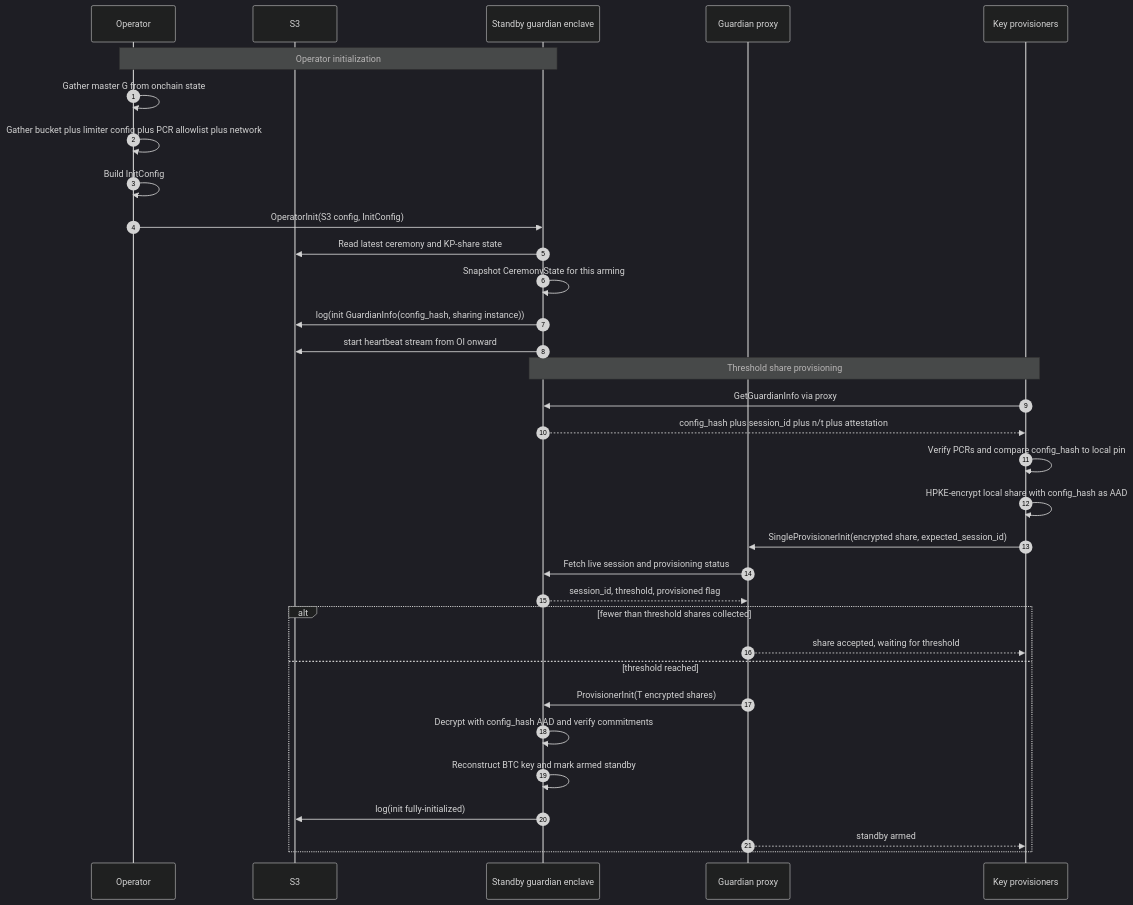
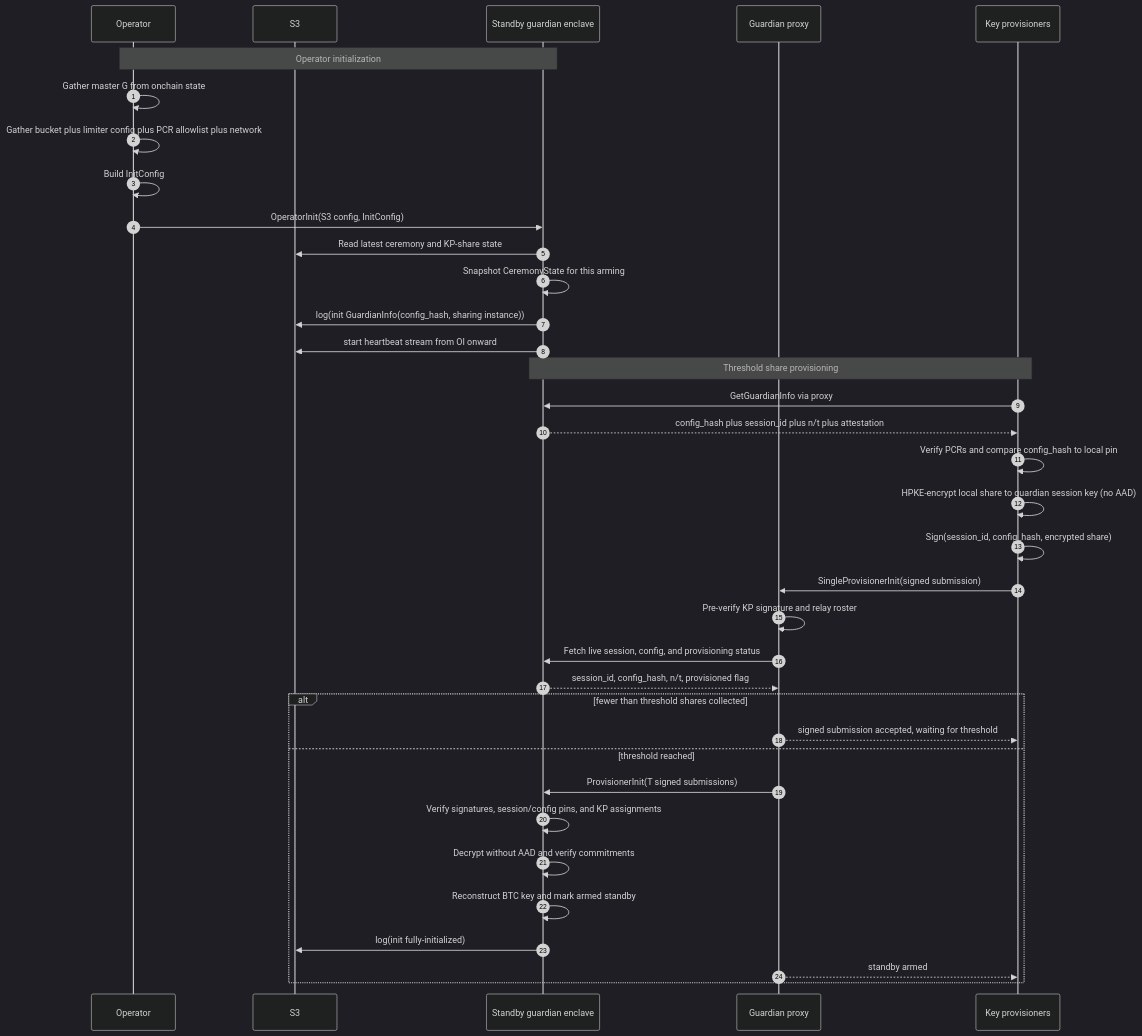
One commit to MystenLabs/hashi changed the second of 4 diagrams in design/docs/guardian.mdx. Above: the diagram before and after it, drawn with Mermaid (dark theme).

Commit message:
[Guardian] Document signed PI flow

````diff
--- a/design/docs/guardian.mdx
+++ b/design/docs/guardian.mdx
@@ -77,38 +77,41 @@
 ```mermaid
 sequenceDiagram
     autonumber
 
     participant Operator
     participant S3
     participant Guardian as Standby guardian enclave
     participant Proxy as Guardian proxy
     participant KPs as Key provisioners
 
     Note over Operator,Guardian: Operator initialization
     Operator->>Operator: Gather master G from onchain state
     Operator->>Operator: Gather bucket plus limiter config plus PCR allowlist plus network
     Operator->>Operator: Build InitConfig
     Operator->>Guardian: OperatorInit(S3 config, InitConfig)
     Guardian->>S3: Read latest ceremony and KP-share state
     Guardian->>Guardian: Snapshot CeremonyState for this arming
     Guardian->>S3: log(init GuardianInfo(config_hash, sharing instance))
     Guardian->>S3: start heartbeat stream from OI onward
 
     Note over KPs,Guardian: Threshold share provisioning
     KPs->>Guardian: GetGuardianInfo via proxy
     Guardian-->>KPs: config_hash plus session_id plus n/t plus attestation
     KPs->>KPs: Verify PCRs and compare config_hash to local pin
-    KPs->>KPs: HPKE-encrypt local share with config_hash as AAD
-    KPs->>Proxy: SingleProvisionerInit(encrypted share, expected_session_id)
-    Proxy->>Guardian: Fetch live session and provisioning status
-    Guardian-->>Proxy: session_id, threshold, provisioned flag
+    KPs->>KPs: HPKE-encrypt local share to guardian session key (no AAD)
+    KPs->>KPs: Sign(session_id, config_hash, encrypted share)
+    KPs->>Proxy: SingleProvisionerInit(signed submission)
+    Proxy->>Proxy: Pre-verify KP signature and relay roster
+    Proxy->>Guardian: Fetch live session, config, and provisioning status
+    Guardian-->>Proxy: session_id, config_hash, n/t, provisioned flag
     alt fewer than threshold shares collected
-        Proxy-->>KPs: share accepted, waiting for threshold
+        Proxy-->>KPs: signed submission accepted, waiting for threshold
     else threshold reached
-        Proxy->>Guardian: ProvisionerInit(T encrypted shares)
-        Guardian->>Guardian: Decrypt with config_hash AAD and verify commitments
+        Proxy->>Guardian: ProvisionerInit(T signed submissions)
+        Guardian->>Guardian: Verify signatures, session/config pins, and KP assignments
+        Guardian->>Guardian: Decrypt without AAD and verify commitments
         Guardian->>Guardian: Reconstruct BTC key and mark armed standby
         Guardian->>S3: log(init fully-initialized)
         Proxy-->>KPs: standby armed
     end
 ```
````
